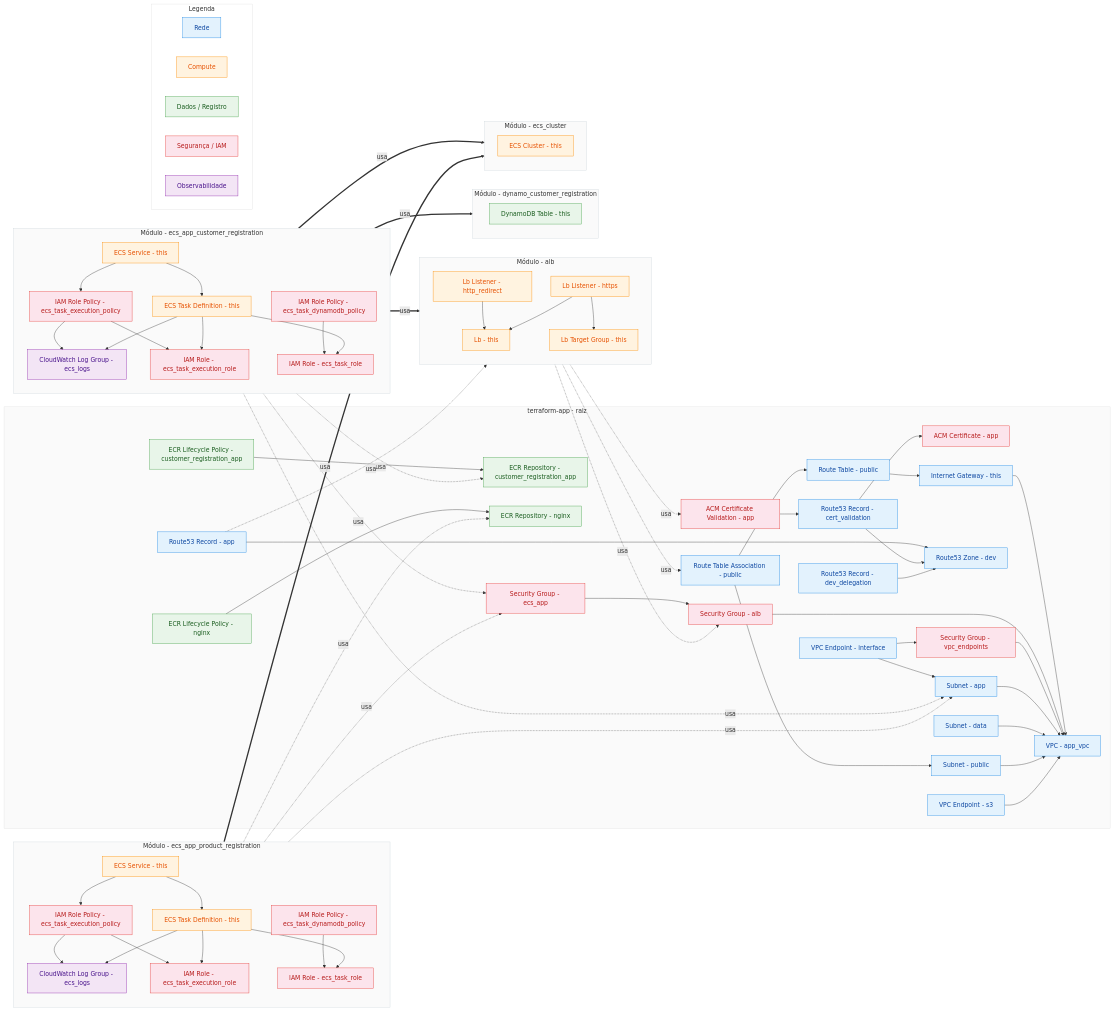
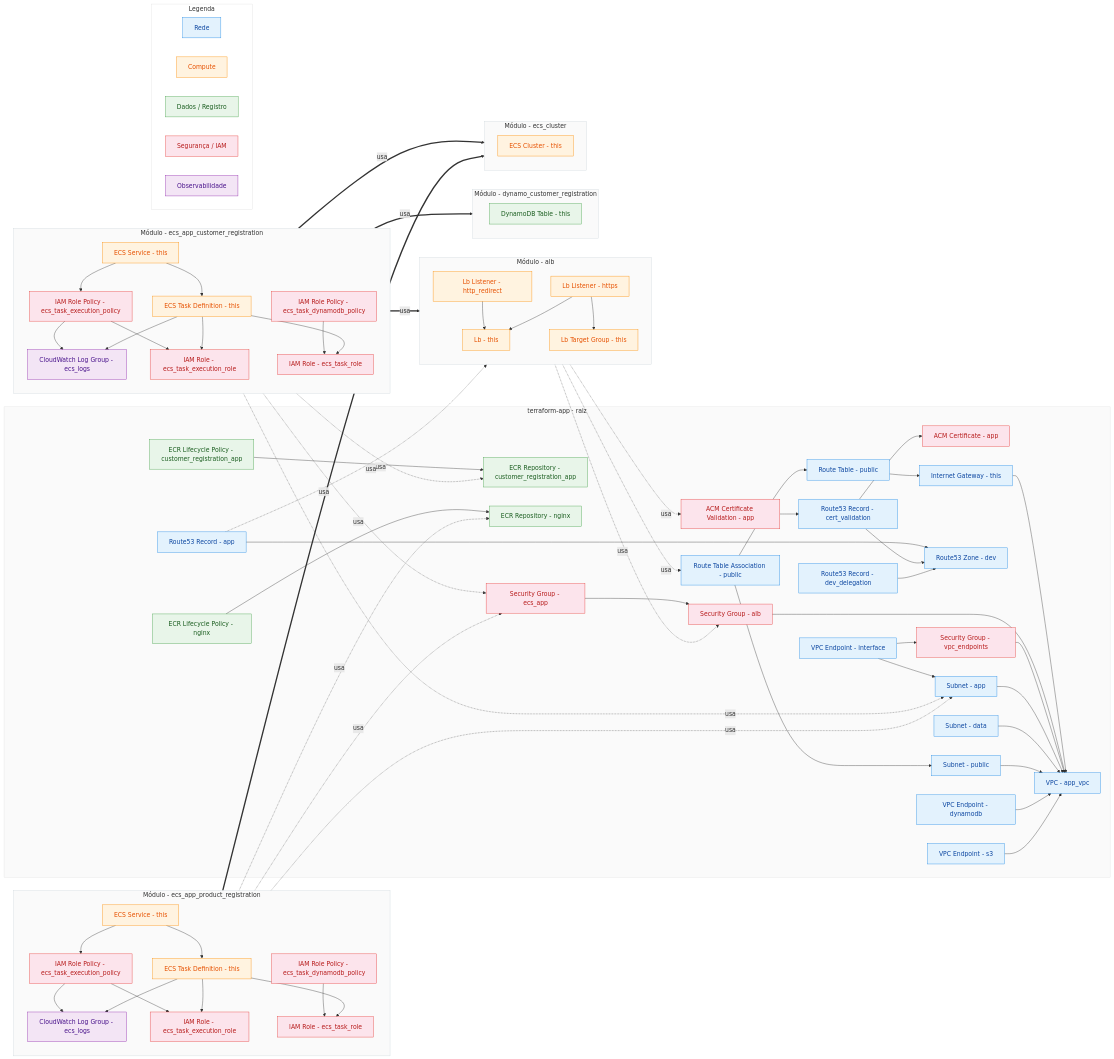
One commit to eritheus/terraform-app changed the diagram in README.md. Above: the diagram before and after it, drawn with Mermaid.

Commit message:
docs: refresh terraform diagrams [skip ci]

```diff
--- a/README.md
+++ b/README.md
@@ -39,6 +39,7 @@
     n_aws_subnet_data["Subnet - data"]:::network
     n_aws_subnet_public["Subnet - public"]:::network
     n_aws_vpc_app_vpc["VPC - app_vpc"]:::network
+    n_aws_vpc_endpoint_dynamodb["VPC Endpoint - dynamodb"]:::network
     n_aws_vpc_endpoint_interface["VPC Endpoint - interface"]:::network
     n_aws_vpc_endpoint_s3["VPC Endpoint - s3"]:::network
   end
@@ -89,6 +90,7 @@
   n_aws_subnet_app --> n_aws_vpc_app_vpc
   n_aws_subnet_data --> n_aws_vpc_app_vpc
   n_aws_subnet_public --> n_aws_vpc_app_vpc
+  n_aws_vpc_endpoint_dynamodb --> n_aws_vpc_app_vpc
   n_aws_vpc_endpoint_interface --> n_aws_security_group_vpc_endpoints
   n_aws_vpc_endpoint_interface --> n_aws_subnet_app
   n_aws_vpc_endpoint_s3 --> n_aws_vpc_app_vpc
```
